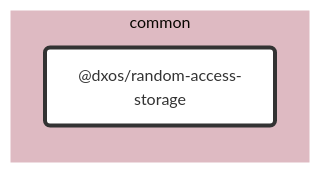
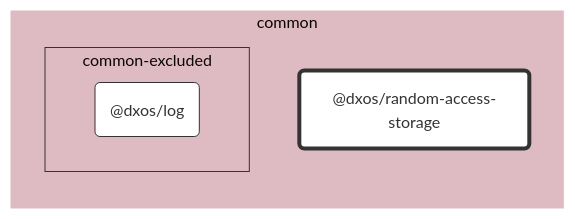
One commit to dxos/dxos changed the diagram in packages/common/random-access-storage/docs/README.md. Above: the diagram before and after it, drawn with Mermaid (base theme). The commit also changed 69 other files, not shown here.

````diff
--- a/packages/common/random-access-storage/docs/README.md
+++ b/packages/common/random-access-storage/docs/README.md
@@ -7,20 +7,26 @@
 ```mermaid
 %%{ init: {'flowchart':{'curve':'basis'}} }%%
 
 flowchart LR
 
 %% Classes
 classDef def fill:#fff,stroke:#333,stroke-width:1px
 classDef root fill:#fff,stroke:#333,stroke-width:4px
 
 %% Nodes
 
 subgraph common [common]
   style common fill:#debac2,stroke:#fff
   dxos/random-access-storage("@dxos/random-access-storage"):::root
   click dxos/random-access-storage "dxos/dxos/tree/main/packages/common/random-access-storage/docs"
+
+  subgraph common-excluded [common-excluded]
+    style common-excluded fill:#debac2,stroke:#333,stroke-dashed:5 5
+    dxos/log("@dxos/log"):::def
+    click dxos/log "dxos/dxos/tree/main/packages/common/log/docs"
+  end
 end
 
 %% Links
 linkStyle default stroke:#333,stroke-width:1px
 ```
````
